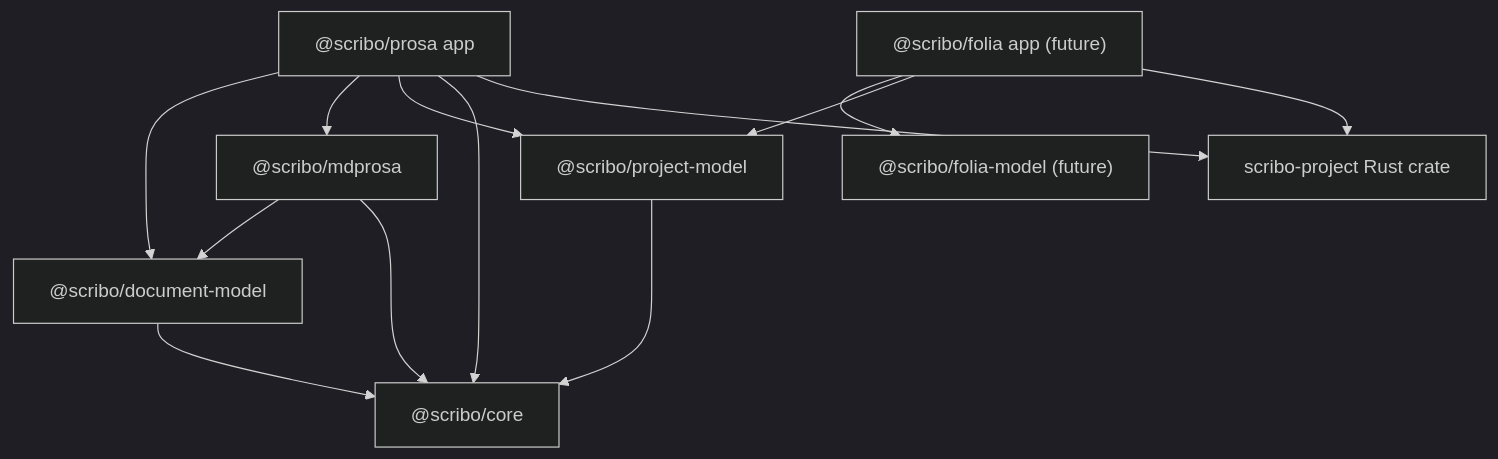
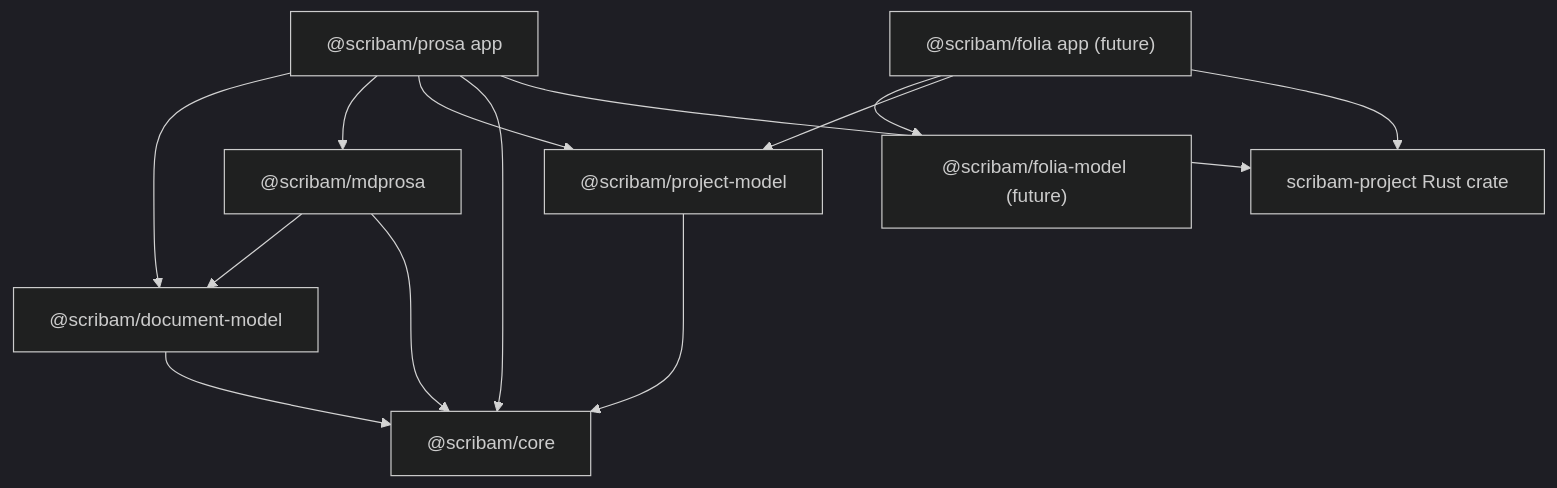
Before and after one commit to erista-scribam/base: the second of 2 diagrams in docs/specs/multi-application-project-architecture.md, drawn with Mermaid (dark theme). The commit also changed other lines of this file and 151 other files, not shown here.

````diff
--- a/docs/specs/multi-application-project-architecture.md
+++ b/docs/specs/multi-application-project-architecture.md
@@ -396,24 +396,24 @@
 ```mermaid
 flowchart TB
-  Core["@scribo/core"]
-  PM["@scribo/project-model"]
-  MD["@scribo/mdprosa"]
-  DM["@scribo/document-model"]
-  FoliaM["@scribo/folia-model (future)"]
-  Prosa["@scribo/prosa app"]
-  Folia["@scribo/folia app (future)"]
-  RustP["scribo-project Rust crate"]
+  Core["@scribam/core"]
+  PM["@scribam/project-model"]
+  MD["@scribam/mdprosa"]
+  DM["@scribam/document-model"]
+  FoliaM["@scribam/folia-model (future)"]
+  Prosa["@scribam/prosa app"]
+  Folia["@scribam/folia app (future)"]
+  RustP["scribam-project Rust crate"]
 
   DM --> Core
   PM --> Core
   MD --> DM
   MD --> Core
   Prosa --> DM
   Prosa --> MD
   Prosa --> PM
   Prosa --> Core
   Folia --> FoliaM
   Folia --> PM
   Prosa --> RustP
   Folia --> RustP
 ```
````
